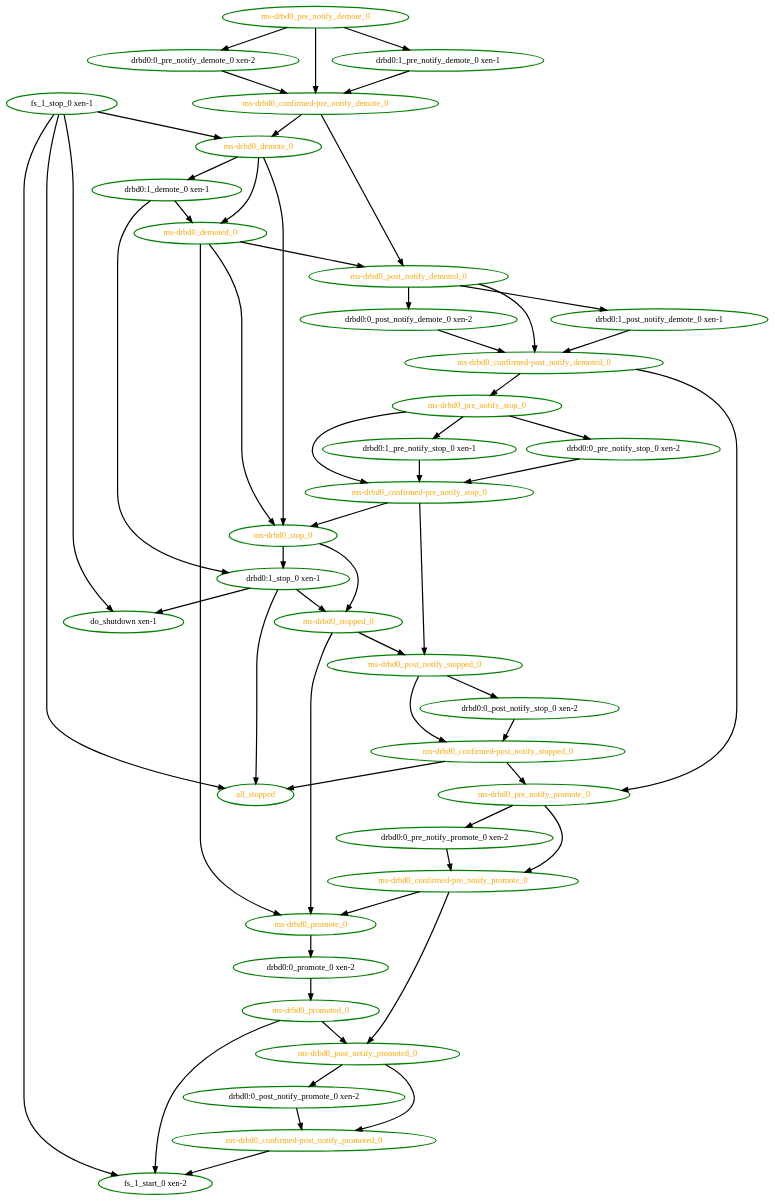
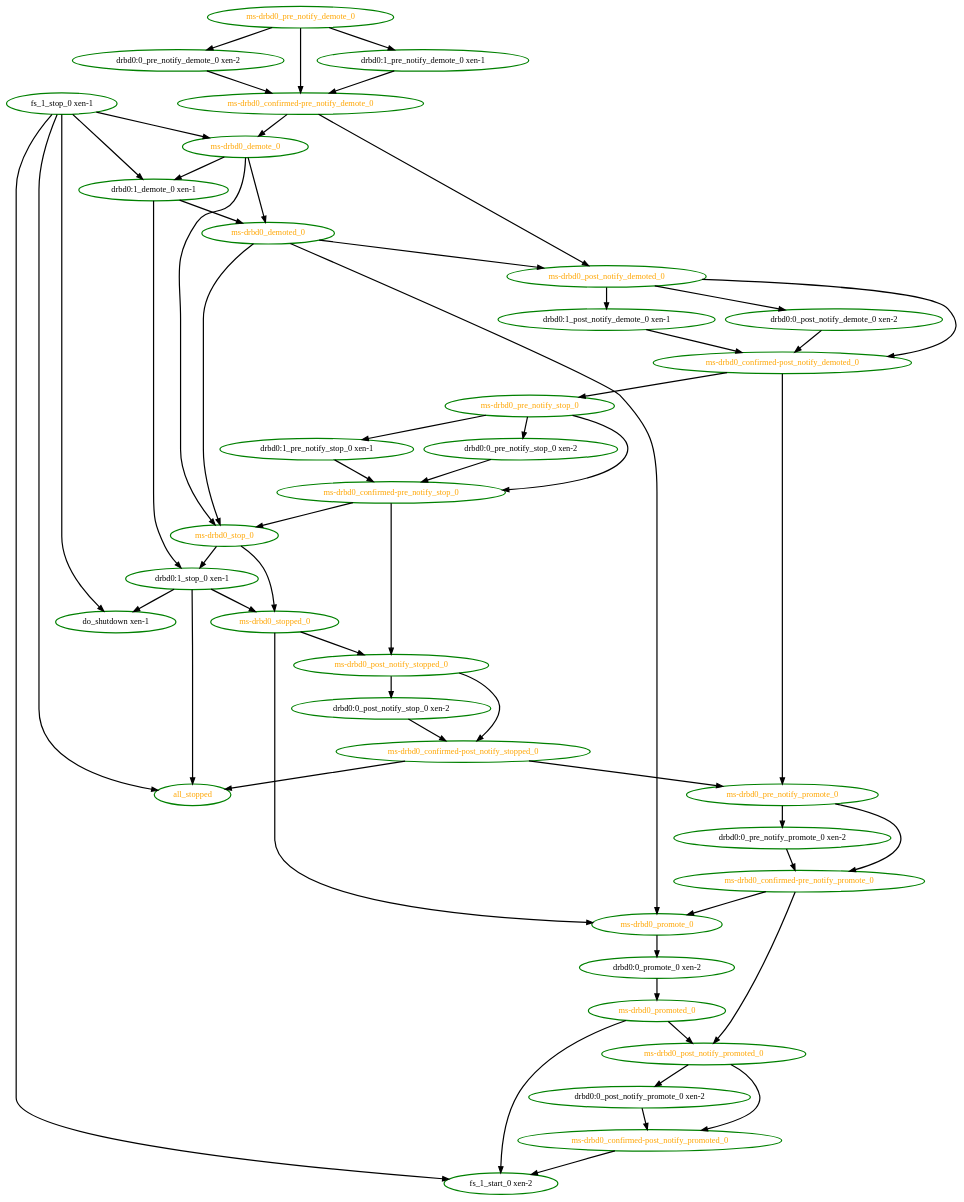
The diagram in pengine/test10/novell-239082.dot (linux-ha-japan/pm_diskd), drawn with Graphviz before and after one commit. The commit also changed 38 other files, not shown here.

```diff
--- a/pengine/test10/novell-239082.dot
+++ b/pengine/test10/novell-239082.dot
@@ -1,94 +1,95 @@
  digraph "g" {
 "all_stopped" [ style=bold color="green" fontcolor="orange"  ]
 "do_shutdown xen-1" [ style=bold color="green" fontcolor="black"  ]
 "drbd0:0_post_notify_demote_0 xen-2" -> "ms-drbd0_confirmed-post_notify_demoted_0" [ style = bold]
 "drbd0:0_post_notify_demote_0 xen-2" [ style=bold color="green" fontcolor="black"  ]
 "drbd0:0_post_notify_promote_0 xen-2" -> "ms-drbd0_confirmed-post_notify_promoted_0" [ style = bold]
 "drbd0:0_post_notify_promote_0 xen-2" [ style=bold color="green" fontcolor="black"  ]
 "drbd0:0_post_notify_stop_0 xen-2" -> "ms-drbd0_confirmed-post_notify_stopped_0" [ style = bold]
 "drbd0:0_post_notify_stop_0 xen-2" [ style=bold color="green" fontcolor="black"  ]
 "drbd0:0_pre_notify_demote_0 xen-2" -> "ms-drbd0_confirmed-pre_notify_demote_0" [ style = bold]
 "drbd0:0_pre_notify_demote_0 xen-2" [ style=bold color="green" fontcolor="black"  ]
 "drbd0:0_pre_notify_promote_0 xen-2" -> "ms-drbd0_confirmed-pre_notify_promote_0" [ style = bold]
 "drbd0:0_pre_notify_promote_0 xen-2" [ style=bold color="green" fontcolor="black"  ]
 "drbd0:0_pre_notify_stop_0 xen-2" -> "ms-drbd0_confirmed-pre_notify_stop_0" [ style = bold]
 "drbd0:0_pre_notify_stop_0 xen-2" [ style=bold color="green" fontcolor="black"  ]
 "drbd0:0_promote_0 xen-2" -> "ms-drbd0_promoted_0" [ style = bold]
 "drbd0:0_promote_0 xen-2" [ style=bold color="green" fontcolor="black"  ]
 "drbd0:1_demote_0 xen-1" -> "drbd0:1_stop_0 xen-1" [ style = bold]
 "drbd0:1_demote_0 xen-1" -> "ms-drbd0_demoted_0" [ style = bold]
 "drbd0:1_demote_0 xen-1" [ style=bold color="green" fontcolor="black"  ]
 "drbd0:1_post_notify_demote_0 xen-1" -> "ms-drbd0_confirmed-post_notify_demoted_0" [ style = bold]
 "drbd0:1_post_notify_demote_0 xen-1" [ style=bold color="green" fontcolor="black"  ]
 "drbd0:1_pre_notify_demote_0 xen-1" -> "ms-drbd0_confirmed-pre_notify_demote_0" [ style = bold]
 "drbd0:1_pre_notify_demote_0 xen-1" [ style=bold color="green" fontcolor="black"  ]
 "drbd0:1_pre_notify_stop_0 xen-1" -> "ms-drbd0_confirmed-pre_notify_stop_0" [ style = bold]
 "drbd0:1_pre_notify_stop_0 xen-1" [ style=bold color="green" fontcolor="black"  ]
 "drbd0:1_stop_0 xen-1" -> "all_stopped" [ style = bold]
 "drbd0:1_stop_0 xen-1" -> "do_shutdown xen-1" [ style = bold]
 "drbd0:1_stop_0 xen-1" -> "ms-drbd0_stopped_0" [ style = bold]
 "drbd0:1_stop_0 xen-1" [ style=bold color="green" fontcolor="black"  ]
 "fs_1_start_0 xen-2" [ style=bold color="green" fontcolor="black"  ]
 "fs_1_stop_0 xen-1" -> "all_stopped" [ style = bold]
 "fs_1_stop_0 xen-1" -> "do_shutdown xen-1" [ style = bold]
+"fs_1_stop_0 xen-1" -> "drbd0:1_demote_0 xen-1" [ style = bold]
 "fs_1_stop_0 xen-1" -> "fs_1_start_0 xen-2" [ style = bold]
 "fs_1_stop_0 xen-1" -> "ms-drbd0_demote_0" [ style = bold]
 "fs_1_stop_0 xen-1" [ style=bold color="green" fontcolor="black"  ]
 "ms-drbd0_confirmed-post_notify_demoted_0" -> "ms-drbd0_pre_notify_promote_0" [ style = bold]
 "ms-drbd0_confirmed-post_notify_demoted_0" -> "ms-drbd0_pre_notify_stop_0" [ style = bold]
 "ms-drbd0_confirmed-post_notify_demoted_0" [ style=bold color="green" fontcolor="orange"  ]
 "ms-drbd0_confirmed-post_notify_promoted_0" -> "fs_1_start_0 xen-2" [ style = bold]
 "ms-drbd0_confirmed-post_notify_promoted_0" [ style=bold color="green" fontcolor="orange"  ]
 "ms-drbd0_confirmed-post_notify_stopped_0" -> "all_stopped" [ style = bold]
 "ms-drbd0_confirmed-post_notify_stopped_0" -> "ms-drbd0_pre_notify_promote_0" [ style = bold]
 "ms-drbd0_confirmed-post_notify_stopped_0" [ style=bold color="green" fontcolor="orange"  ]
 "ms-drbd0_confirmed-pre_notify_demote_0" -> "ms-drbd0_demote_0" [ style = bold]
 "ms-drbd0_confirmed-pre_notify_demote_0" -> "ms-drbd0_post_notify_demoted_0" [ style = bold]
 "ms-drbd0_confirmed-pre_notify_demote_0" [ style=bold color="green" fontcolor="orange"  ]
 "ms-drbd0_confirmed-pre_notify_promote_0" -> "ms-drbd0_post_notify_promoted_0" [ style = bold]
 "ms-drbd0_confirmed-pre_notify_promote_0" -> "ms-drbd0_promote_0" [ style = bold]
 "ms-drbd0_confirmed-pre_notify_promote_0" [ style=bold color="green" fontcolor="orange"  ]
 "ms-drbd0_confirmed-pre_notify_stop_0" -> "ms-drbd0_post_notify_stopped_0" [ style = bold]
 "ms-drbd0_confirmed-pre_notify_stop_0" -> "ms-drbd0_stop_0" [ style = bold]
 "ms-drbd0_confirmed-pre_notify_stop_0" [ style=bold color="green" fontcolor="orange"  ]
 "ms-drbd0_demote_0" -> "drbd0:1_demote_0 xen-1" [ style = bold]
 "ms-drbd0_demote_0" -> "ms-drbd0_demoted_0" [ style = bold]
 "ms-drbd0_demote_0" -> "ms-drbd0_stop_0" [ style = bold]
 "ms-drbd0_demote_0" [ style=bold color="green" fontcolor="orange"  ]
 "ms-drbd0_demoted_0" -> "ms-drbd0_post_notify_demoted_0" [ style = bold]
 "ms-drbd0_demoted_0" -> "ms-drbd0_promote_0" [ style = bold]
 "ms-drbd0_demoted_0" -> "ms-drbd0_stop_0" [ style = bold]
 "ms-drbd0_demoted_0" [ style=bold color="green" fontcolor="orange"  ]
 "ms-drbd0_post_notify_demoted_0" -> "drbd0:0_post_notify_demote_0 xen-2" [ style = bold]
 "ms-drbd0_post_notify_demoted_0" -> "drbd0:1_post_notify_demote_0 xen-1" [ style = bold]
 "ms-drbd0_post_notify_demoted_0" -> "ms-drbd0_confirmed-post_notify_demoted_0" [ style = bold]
 "ms-drbd0_post_notify_demoted_0" [ style=bold color="green" fontcolor="orange"  ]
 "ms-drbd0_post_notify_promoted_0" -> "drbd0:0_post_notify_promote_0 xen-2" [ style = bold]
 "ms-drbd0_post_notify_promoted_0" -> "ms-drbd0_confirmed-post_notify_promoted_0" [ style = bold]
 "ms-drbd0_post_notify_promoted_0" [ style=bold color="green" fontcolor="orange"  ]
 "ms-drbd0_post_notify_stopped_0" -> "drbd0:0_post_notify_stop_0 xen-2" [ style = bold]
 "ms-drbd0_post_notify_stopped_0" -> "ms-drbd0_confirmed-post_notify_stopped_0" [ style = bold]
 "ms-drbd0_post_notify_stopped_0" [ style=bold color="green" fontcolor="orange"  ]
 "ms-drbd0_pre_notify_demote_0" -> "drbd0:0_pre_notify_demote_0 xen-2" [ style = bold]
 "ms-drbd0_pre_notify_demote_0" -> "drbd0:1_pre_notify_demote_0 xen-1" [ style = bold]
 "ms-drbd0_pre_notify_demote_0" -> "ms-drbd0_confirmed-pre_notify_demote_0" [ style = bold]
 "ms-drbd0_pre_notify_demote_0" [ style=bold color="green" fontcolor="orange"  ]
 "ms-drbd0_pre_notify_promote_0" -> "drbd0:0_pre_notify_promote_0 xen-2" [ style = bold]
 "ms-drbd0_pre_notify_promote_0" -> "ms-drbd0_confirmed-pre_notify_promote_0" [ style = bold]
 "ms-drbd0_pre_notify_promote_0" [ style=bold color="green" fontcolor="orange"  ]
 "ms-drbd0_pre_notify_stop_0" -> "drbd0:0_pre_notify_stop_0 xen-2" [ style = bold]
 "ms-drbd0_pre_notify_stop_0" -> "drbd0:1_pre_notify_stop_0 xen-1" [ style = bold]
 "ms-drbd0_pre_notify_stop_0" -> "ms-drbd0_confirmed-pre_notify_stop_0" [ style = bold]
 "ms-drbd0_pre_notify_stop_0" [ style=bold color="green" fontcolor="orange"  ]
 "ms-drbd0_promote_0" -> "drbd0:0_promote_0 xen-2" [ style = bold]
 "ms-drbd0_promote_0" [ style=bold color="green" fontcolor="orange"  ]
 "ms-drbd0_promoted_0" -> "fs_1_start_0 xen-2" [ style = bold]
 "ms-drbd0_promoted_0" -> "ms-drbd0_post_notify_promoted_0" [ style = bold]
 "ms-drbd0_promoted_0" [ style=bold color="green" fontcolor="orange"  ]
 "ms-drbd0_stop_0" -> "drbd0:1_stop_0 xen-1" [ style = bold]
 "ms-drbd0_stop_0" -> "ms-drbd0_stopped_0" [ style = bold]
 "ms-drbd0_stop_0" [ style=bold color="green" fontcolor="orange"  ]
 "ms-drbd0_stopped_0" -> "ms-drbd0_post_notify_stopped_0" [ style = bold]
 "ms-drbd0_stopped_0" -> "ms-drbd0_promote_0" [ style = bold]
 "ms-drbd0_stopped_0" [ style=bold color="green" fontcolor="orange"  ]
 }
```
